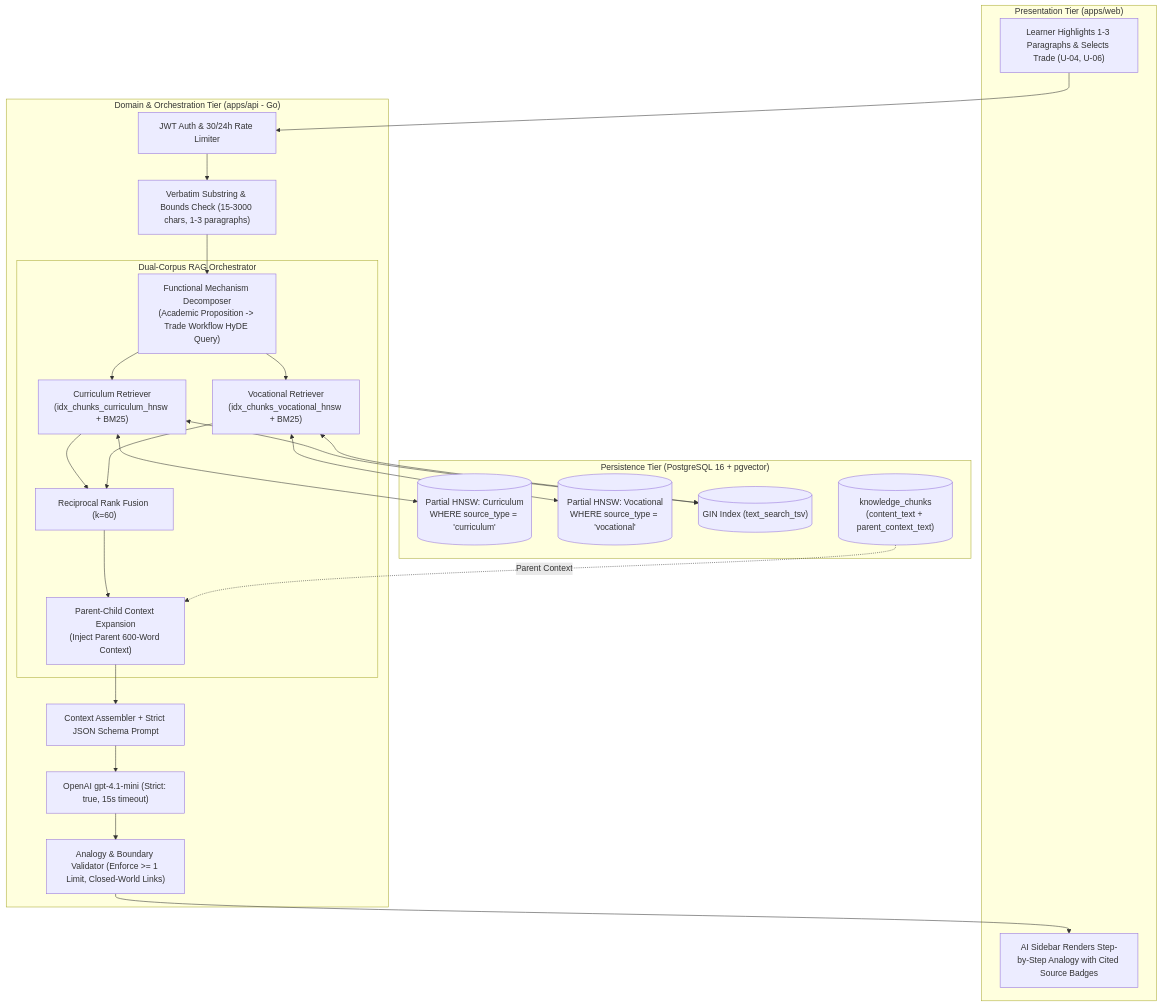
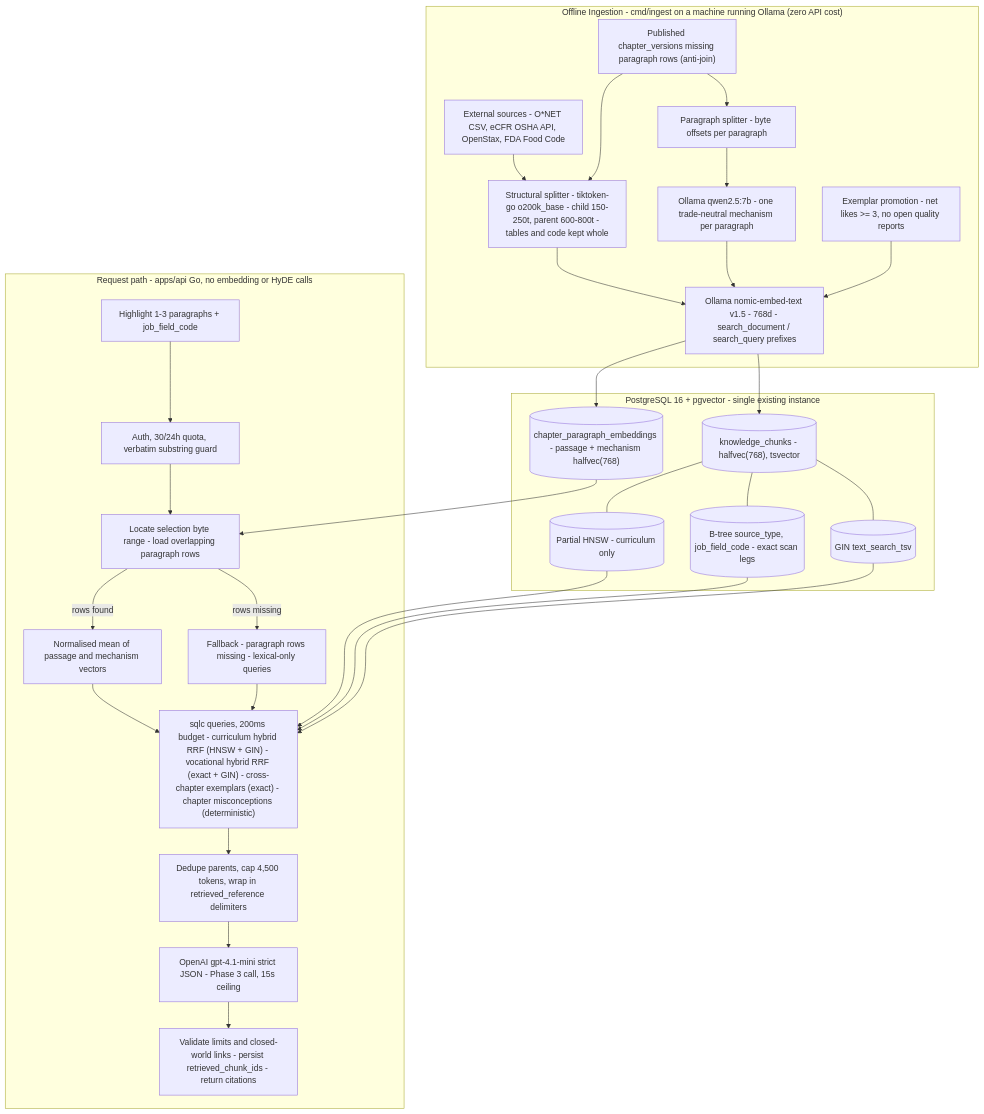
Before and after one commit to xiscohonggono/Idep: the diagram in docs/plans/Pending/rag-implementation.md, drawn with Mermaid. The commit also changed other lines of this file and 1 other file, not shown here.

Commit message:
Enhancement: Rag Implementation Plan

````diff
--- a/docs/plans/Pending/rag-implementation.md
+++ b/docs/plans/Pending/rag-implementation.md
@@ -30,39 +46,46 @@
 ```mermaid
 flowchart TD
-    subgraph Client["Presentation Tier (apps/web)"]
-        UI["Learner Highlights 1-3 Paragraphs & Selects Trade (U-04, U-06)"]
-        Sidebar["AI Sidebar Renders Step-by-Step Analogy with Cited Source Badges"]
+    subgraph Offline["Offline Ingestion - cmd/ingest on a machine running Ollama (zero API cost)"]
+        Ext["External sources - O*NET CSV, eCFR OSHA API, OpenStax, FDA Food Code"]
+        Chap["Published chapter_versions missing paragraph rows (anti-join)"]
+        Split["Structural splitter - tiktoken-go o200k_base - child 150-250t, parent 600-800t - tables and code kept whole"]
+        Para["Paragraph splitter - byte offsets per paragraph"]
+        HyDE["Ollama qwen2.5:7b - one trade-neutral mechanism per paragraph"]
+        Emb["Ollama nomic-embed-text v1.5 - 768d - search_document / search_query prefixes"]
+        Promo["Exemplar promotion - net likes >= 3, no open quality reports"]
     end
 
-    subgraph API["Domain & Orchestration Tier (apps/api - Go)"]
-        AuthVal["JWT Auth & 30/24h Rate Limiter"]
-        InputVal["Verbatim Substring & Bounds Check (15-3000 chars, 1-3 paragraphs)"]
-        
-        subgraph RAGOrchestrator["Dual-Corpus RAG Orchestrator"]
-            HyDE["Functional Mechanism Decomposer\n(Academic Proposition -> Trade Workflow HyDE Query)"]
-            CurriculumRetriever["Curriculum Retriever\n(idx_chunks_curriculum_hnsw + BM25)"]
-            VocationalRetriever["Vocational Retriever\n(idx_chunks_vocational_hnsw + BM25)"]
-            RRF["Reciprocal Rank Fusion (k=60)"]
-            ParentExpand["Parent-Child Context Expansion\n(Inject Parent 600-Word Context)"]
-        end
-
-        LLMPrompt["Context Assembler + Strict JSON Schema Prompt"]
-        OpenAI["OpenAI gpt-4.1-mini (Strict: true, 15s timeout)"]
-        SchemaVal["Analogy & Boundary Validator (Enforce >= 1 Limit, Closed-World Links)"]
+    subgraph PG["PostgreSQL 16 + pgvector - single existing instance"]
+        KC[("knowledge_chunks - halfvec(768), tsvector")]
+        CPE[("chapter_paragraph_embeddings - passage + mechanism halfvec(768)")]
+        HNSW[("Partial HNSW - curriculum only")]
+        BT[("B-tree source_type, job_field_code - exact scan legs")]
+        GIN[("GIN text_search_tsv")]
     end
 
-    subgraph DB["Persistence Tier (PostgreSQL 16 + pgvector)"]
-        HNSW_Curriculum[("Partial HNSW: Curriculum\nWHERE source_type = 'curriculum'")]
-        HNSW_Vocational[("Partial HNSW: Vocational\nWHERE source_type = 'vocational'")]
-        GIN_TSV[("GIN Index (text_search_tsv)")]
-        Chunks[("knowledge_chunks\n(content_text + parent_context_text)")]
+    subgraph Runtime["Request path - apps/api Go, no embedding or HyDE calls"]
+        Req["Highlight 1-3 paragraphs + job_field_code"]
+        Guard["Auth, 30/24h quota, verbatim substring guard"]
+        Look["Locate selection byte range - load overlapping paragraph rows"]
+        Mean["Normalised mean of passage and mechanism vectors"]
+        Q["sqlc queries, 200ms budget - curriculum hybrid RRF (HNSW + GIN) - vocational hybrid RRF (exact + GIN) - cross-chapter exemplars (exact) - chapter misconceptions (deterministic)"]
+        FB["Fallback - paragraph rows missing - lexical-only queries"]
+        Asm["Dedupe parents, cap 4,500 tokens, wrap in retrieved_reference delimiters"]
+        Gen["OpenAI gpt-4.1-mini strict JSON - Phase 3 call, 15s ceiling"]
+        Out["Validate limits and closed-world links - persist retrieved_chunk_ids - return citations"]
     end
 
-    UI --> AuthVal --> InputVal --> HyDE
-    HyDE --> CurriculumRetriever & VocationalRetriever
-    CurriculumRetriever <--> HNSW_Curriculum & GIN_TSV
-    VocationalRetriever <--> HNSW_Vocational & GIN_TSV
-    CurriculumRetriever & VocationalRetriever --> RRF --> ParentExpand
-    Chunks -.->|"Parent Context"| ParentExpand
-    ParentExpand --> LLMPrompt --> OpenAI --> SchemaVal --> Sidebar
+    Ext --> Split --> Emb
+    Chap --> Para --> HyDE --> Emb
+    Chap --> Split
+    Promo --> Emb
+    Emb --> KC & CPE
+    KC --- HNSW & BT & GIN
+
+    Req --> Guard --> Look
+    Look -->|"rows found"| Mean --> Q
+    Look -->|"rows missing"| FB --> Q
+    CPE --> Look
+    HNSW & BT & GIN --> Q
+    Q --> Asm --> Gen --> Out
 ```
````
